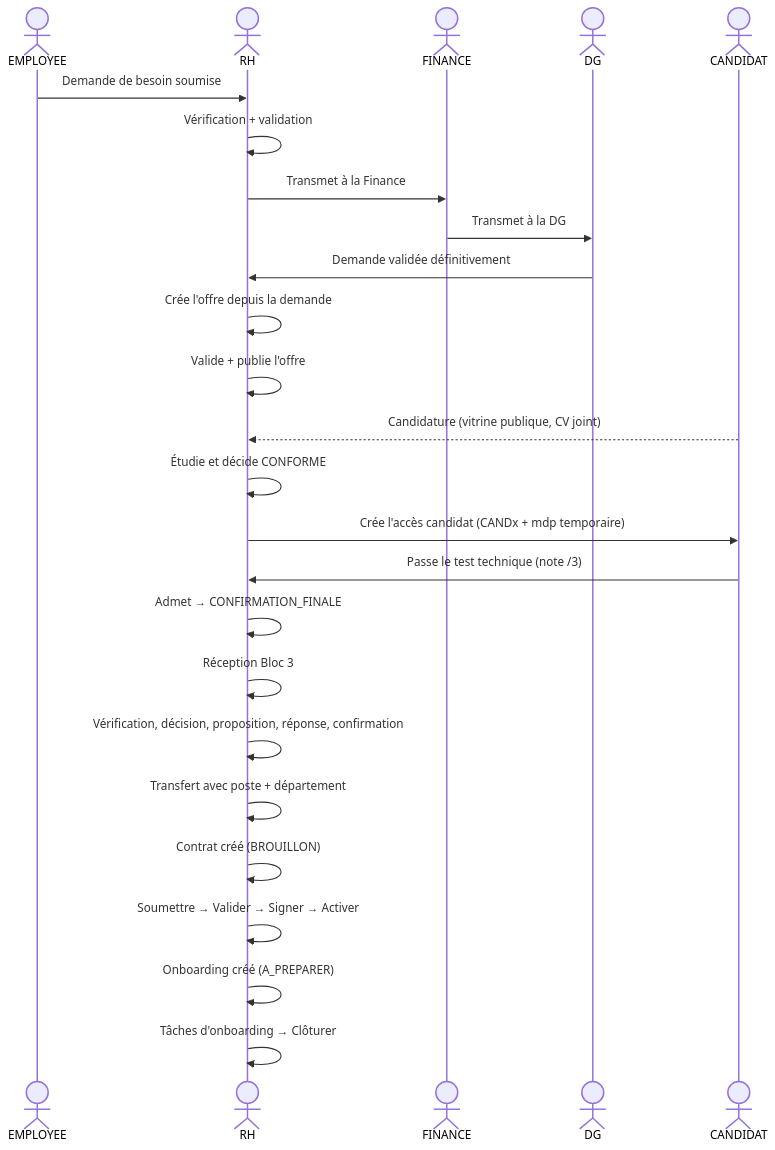
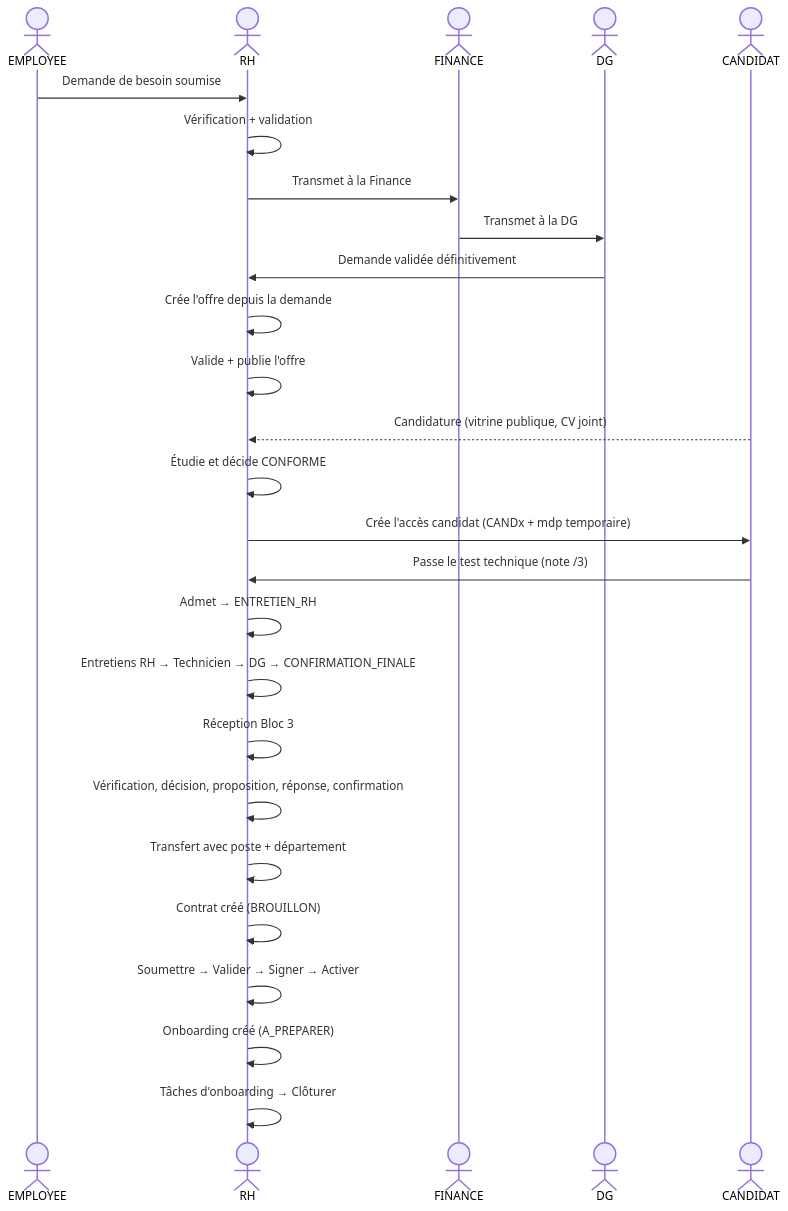
Before and after one commit to jeajea07/sirh: the second of 2 diagrams in readme/userflow-test.md, drawn with Mermaid. The commit also changed other lines of this file and 188 other files, not shown here.

````diff
--- a/readme/userflow-test.md
+++ b/readme/userflow-test.md
@@ -330,33 +476,34 @@
 ```mermaid
 sequenceDiagram
     actor E as EMPLOYEE
     actor RH as RH
     actor F as FINANCE
     actor DG as DG
     actor C as CANDIDAT
 
     E->>RH: Demande de besoin soumise
     RH->>RH: Vérification + validation
     RH->>F: Transmet à la Finance
     F->>DG: Transmet à la DG
     DG->>RH: Demande validée définitivement
 
     RH->>RH: Crée l'offre depuis la demande
     RH->>RH: Valide + publie l'offre
 
     C-->>RH: Candidature (vitrine publique, CV joint)
     RH->>RH: Étudie et décide CONFORME
 
     RH->>C: Crée l'accès candidat (CANDx + mdp temporaire)
     C->>RH: Passe le test technique (note /3)
-    RH->>RH: Admet → CONFIRMATION_FINALE
+    RH->>RH: Admet → ENTRETIEN_RH
+    RH->>RH: Entretiens RH → Technicien → DG → CONFIRMATION_FINALE
 
     RH->>RH: Réception Bloc 3
     RH->>RH: Vérification, décision, proposition, réponse, confirmation
     RH->>RH: Transfert avec poste + département
 
     RH->>RH: Contrat créé (BROUILLON)
     RH->>RH: Soumettre → Valider → Signer → Activer
     RH->>RH: Onboarding créé (A_PREPARER)
     RH->>RH: Tâches d'onboarding → Clôturer
 ```
````
